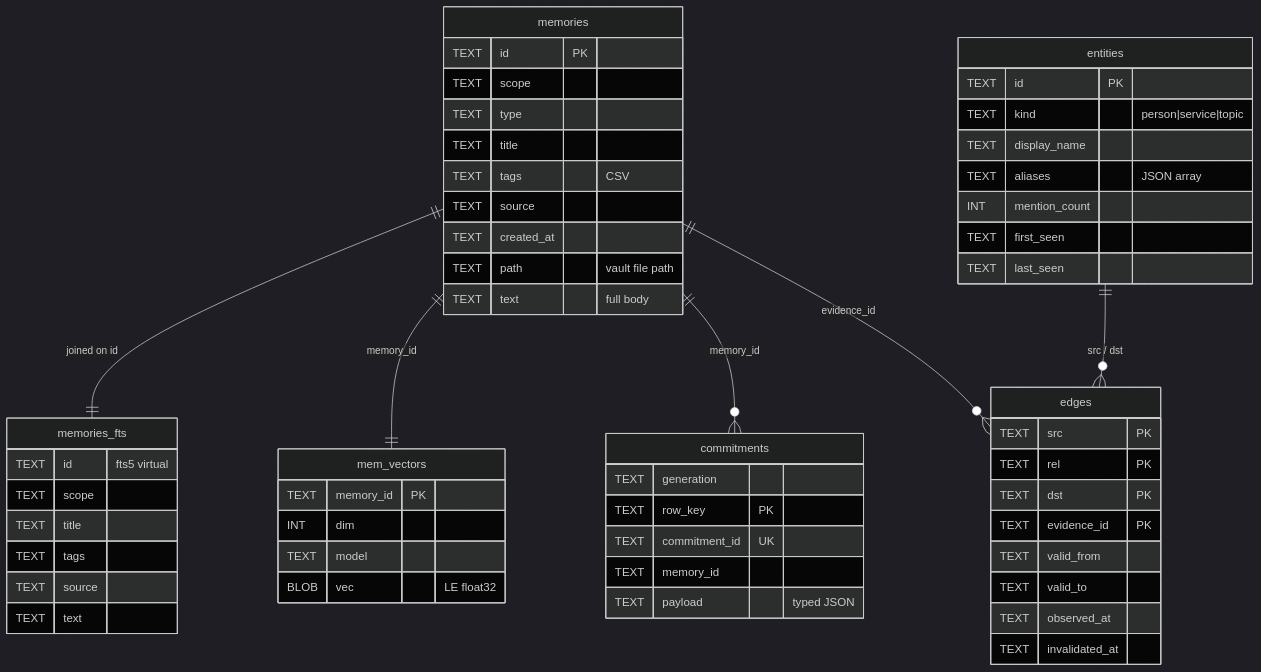
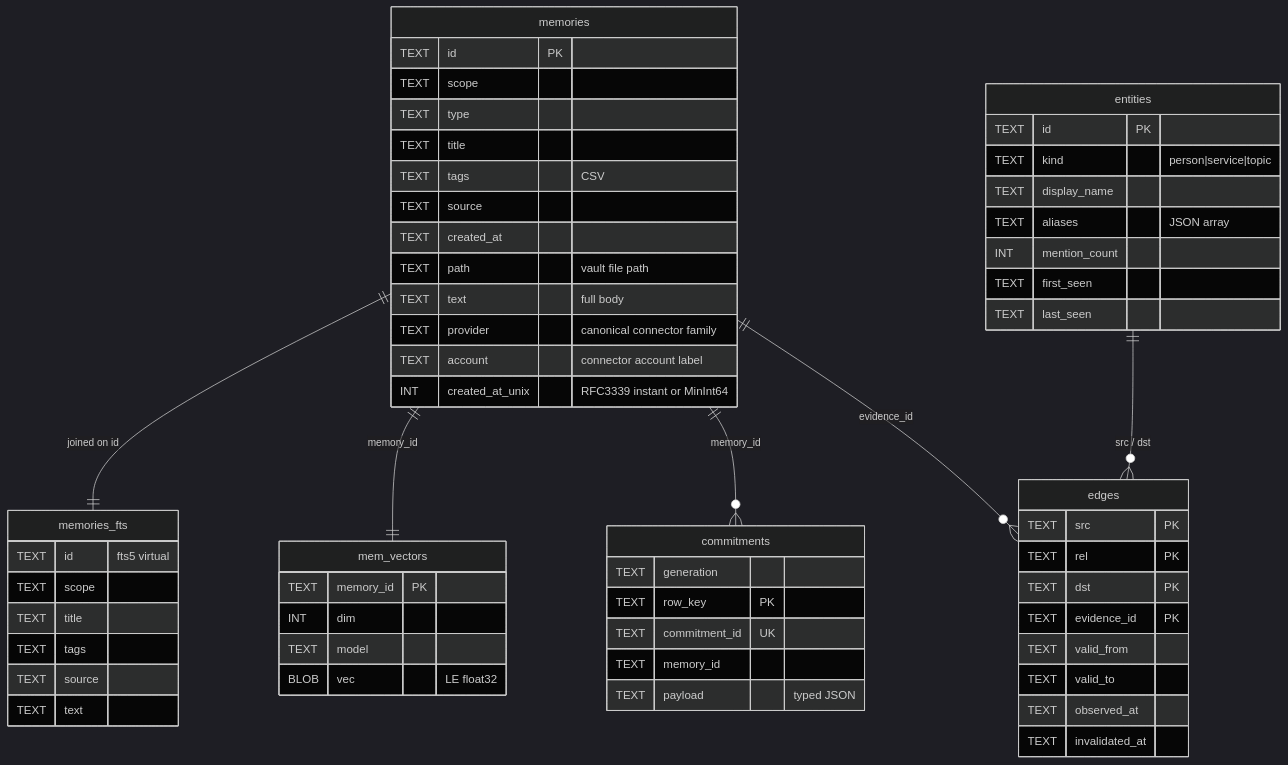
The third of 4 diagrams in docs/architecture/01-data-model-and-storage.md (pyranthus-hq/mora), drawn with Mermaid (dark theme) before and after one commit. The commit also changed other lines of this file and 13 other files, not shown here.

````diff
--- a/docs/architecture/01-data-model-and-storage.md
+++ b/docs/architecture/01-data-model-and-storage.md
@@ -164,59 +164,62 @@
 ```mermaid
 erDiagram
     memories {
         TEXT id PK
         TEXT scope
         TEXT type
         TEXT title
         TEXT tags "CSV"
         TEXT source
         TEXT created_at
         TEXT path "vault file path"
         TEXT text "full body"
+        TEXT provider "canonical connector family"
+        TEXT account "connector account label"
+        INT created_at_unix "RFC3339 instant or MinInt64"
     }
     memories_fts {
         TEXT id "fts5 virtual"
         TEXT scope
         TEXT title
         TEXT tags
         TEXT source
         TEXT text
     }
     mem_vectors {
         TEXT memory_id PK
         INT dim
         TEXT model
         BLOB vec "LE float32"
     }
     commitments {
         TEXT generation
         TEXT row_key PK
         TEXT commitment_id UK
         TEXT memory_id
         TEXT payload "typed JSON"
     }
     entities {
         TEXT id PK
         TEXT kind "person|service|topic"
         TEXT display_name
         TEXT aliases "JSON array"
         INT mention_count
         TEXT first_seen
         TEXT last_seen
     }
     edges {
         TEXT src PK
         TEXT rel PK
         TEXT dst PK
         TEXT evidence_id PK
         TEXT valid_from
         TEXT valid_to
         TEXT observed_at
         TEXT invalidated_at
     }
     memories ||--|| memories_fts : "joined on id"
     memories ||--|| mem_vectors : "memory_id"
     memories ||--o{ commitments : "memory_id"
     memories ||--o{ edges : "evidence_id"
     entities ||--o{ edges : "src / dst"
 ```
````
